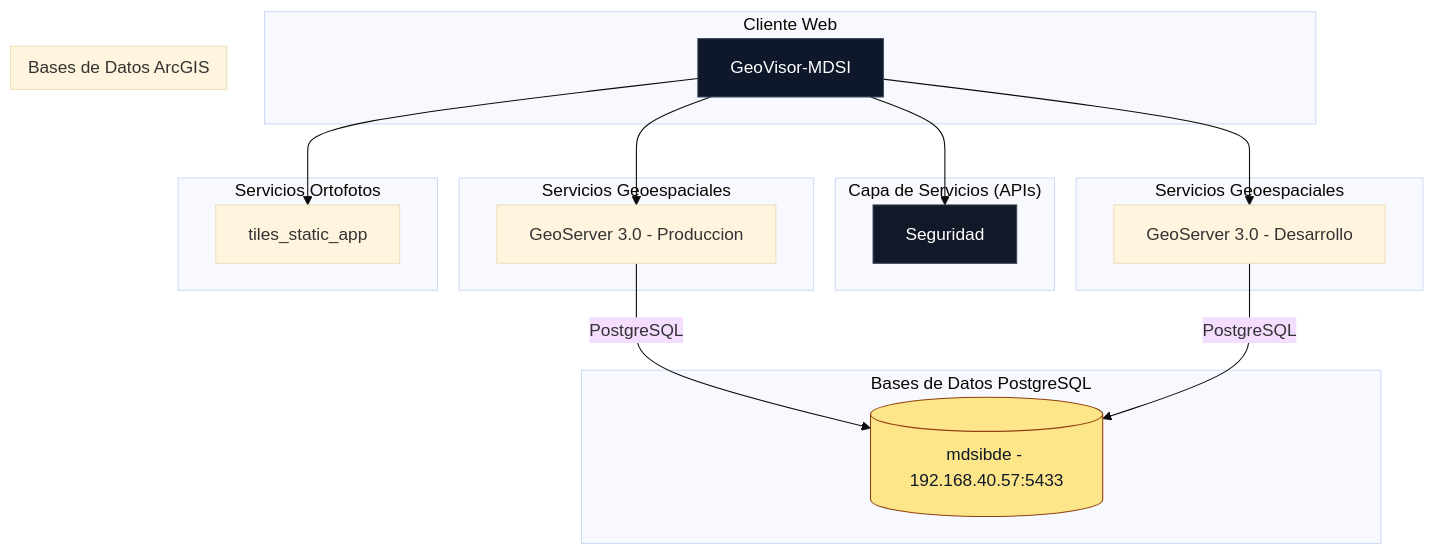
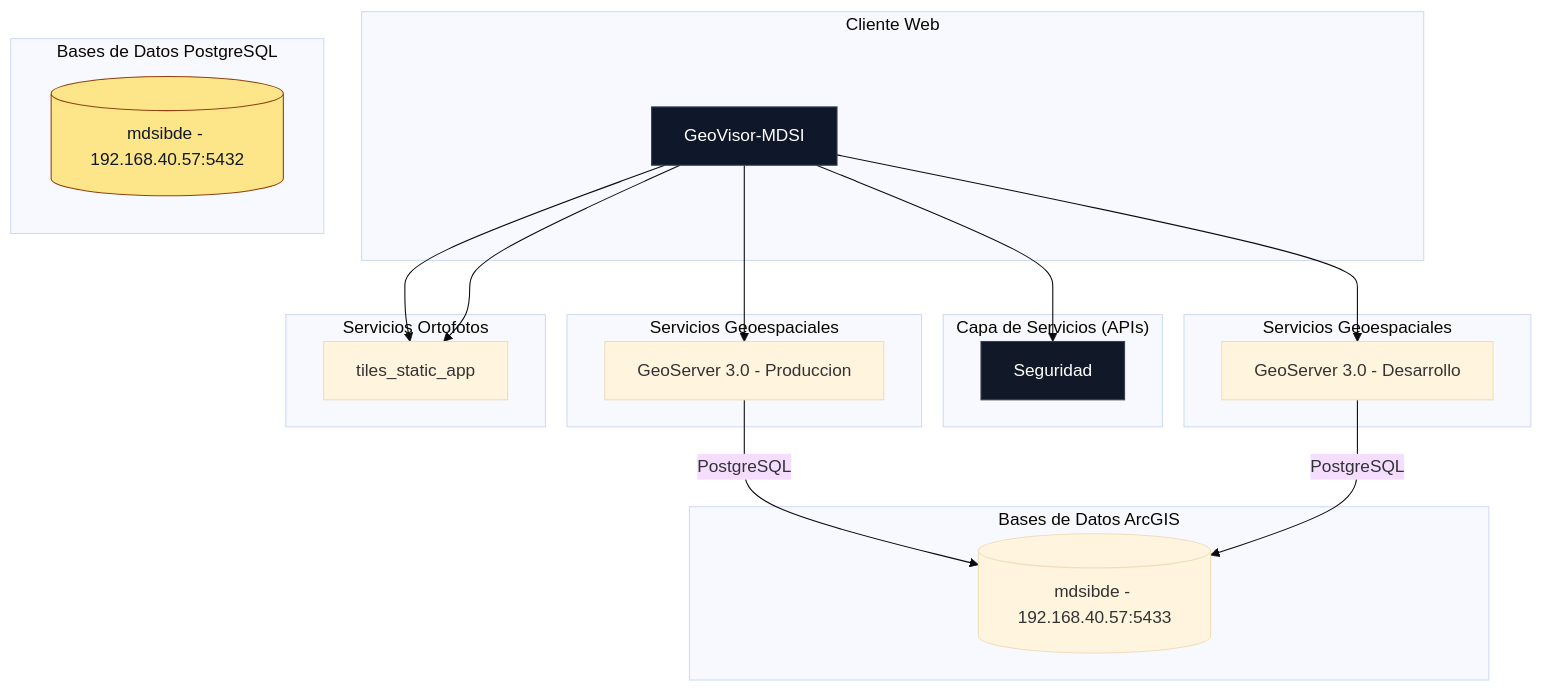
Before and after one commit to mdsigeovisor/geovisormdsi: the diagram in README.md, drawn with Mermaid (base theme).

````diff
--- a/README.md
+++ b/README.md
@@ -3,55 +3,57 @@
 ```mermaid
 graph TB
   %% =========================
   %% COMPONENTES
   %% =========================
   subgraph "Cliente Web"
     FRONT[GeoVisor-MDSI]
   end
 
   subgraph "Capa de Servicios (APIs)"
     AUTH[Seguridad]
   end
 
   subgraph "Bases de Datos PostgreSQL"
     DB1[(mdsibde - 192.168.40.57:5432)]
   end
 
   subgraph "Bases de Datos ArcGIS"
-    DB1[(mdsibde - 192.168.40.57:5433)]
+    DB2[(mdsibde - 192.168.40.57:5433)]
   end
   
   subgraph "Servicios Geoespaciales"
     GEOSERVER_PROD[GeoServer 3.0 - Produccion]
   end
 
   subgraph "Servicios Geoespaciales"
     GEOSERVER_DEV[GeoServer 3.0 - Desarrollo]
   end
 
   subgraph "Servicios Ortofotos"
     ORTOFOTOS[tiles_static_app]
   end
 
   %% =========================
   %% RELACIONES
   %% =========================
   FRONT --> AUTH
   FRONT --> GEOSERVER_PROD
   FRONT --> GEOSERVER_DEV
   FRONT --> ORTOFOTOS
+  FRONT --> ORTOFOTOS
   
-  GEOSERVER_PROD -- "PostgreSQL" --> DB1
-  GEOSERVER_DEV -- "PostgreSQL" --> DB1
+  GEOSERVER_PROD -- "PostgreSQL" --> DB2
+  GEOSERVER_DEV -- "PostgreSQL" --> DB2
+  
 
   %% =========================
   %% ESTILOS
   %% =========================
   classDef front fill:#0f172a,stroke:#334155,stroke-width:1px,color:#fff;
   classDef service fill:#111827,stroke:#374151,stroke-width:1px,color:#fff;
   classDef db fill:#fde68a,stroke:#92400e,stroke-width:1px,color:#111827;
 
   class FRONT front;
   class AUTH,GEOSERVER service;
   class DB1 db;
 ```
````
